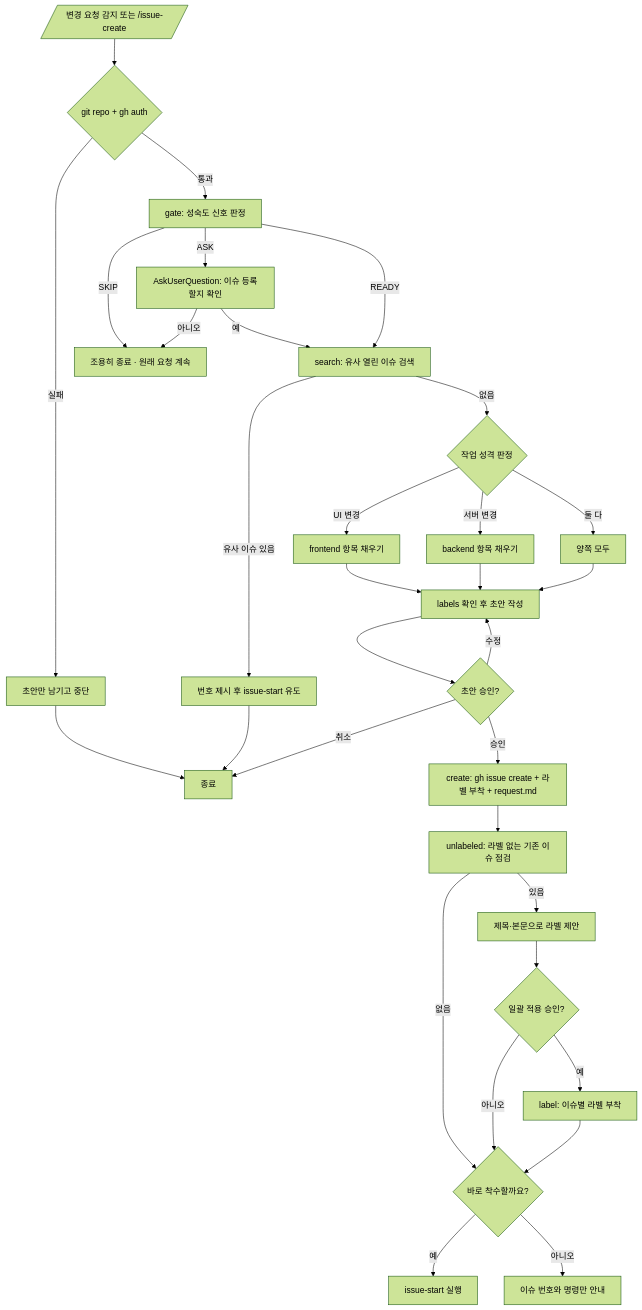
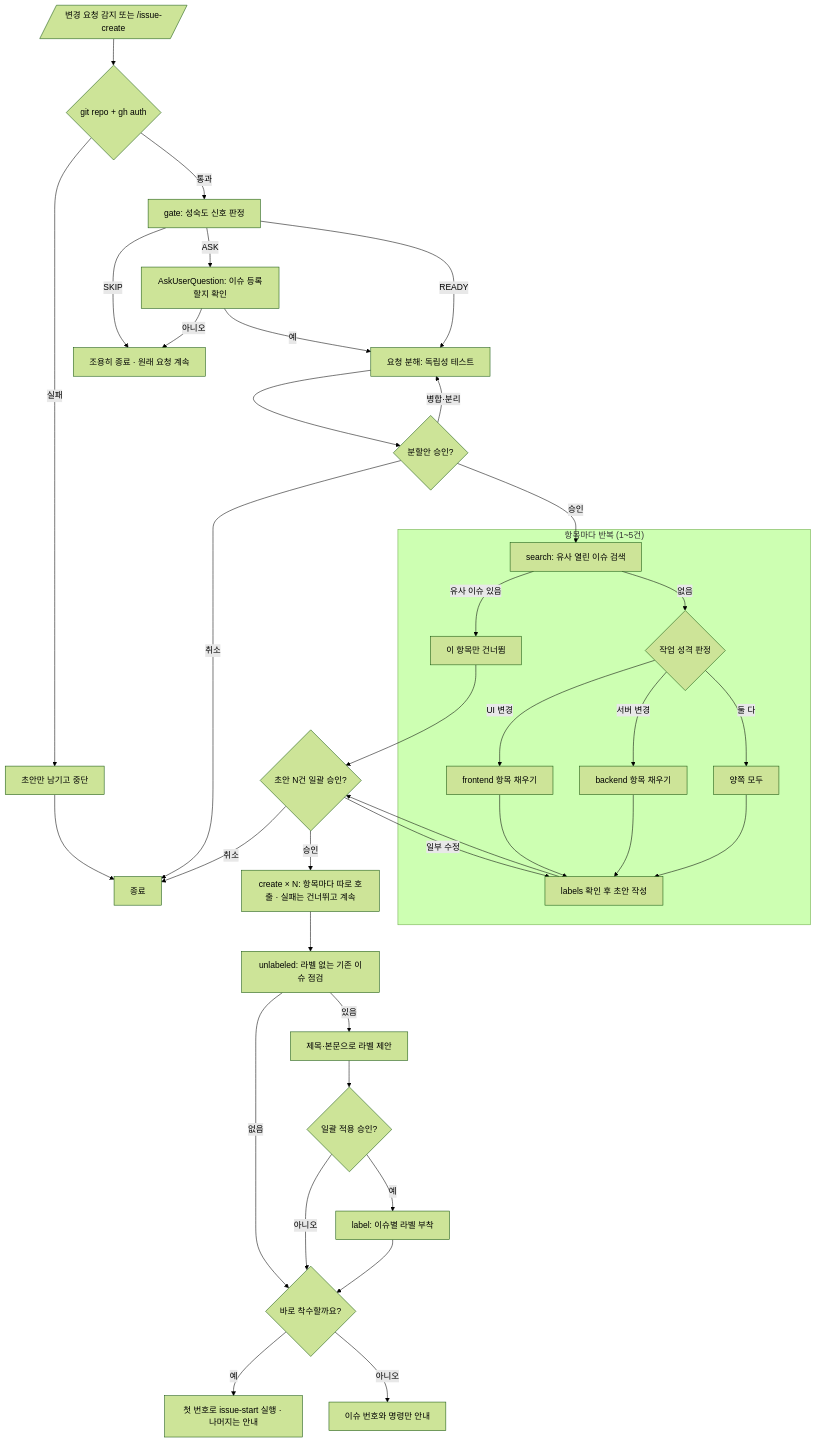
Before and after one commit to Mineru98/skills-store: the diagram in .claude/skills/issue-create/SKILL.md, drawn with Mermaid (forest theme). The commit also changed other lines of this file and 9 other files, not shown here.

First line of the commit message:
feat(issue-create): 복합 요청을 이슈 여러 건으로 나눈다

````diff
--- a/.claude/skills/issue-create/SKILL.md
+++ b/.claude/skills/issue-create/SKILL.md
@@ -58,39 +66,45 @@
 ```mermaid
 flowchart TD
     A[/"변경 요청 감지 또는 /issue-create"/] --> B{git repo + gh auth}
     B -- 실패 --> B1[초안만 남기고 중단] --> Z0[종료]
     B -- 통과 --> C[gate: 성숙도 신호 판정]
 
     C -->|SKIP| Z1[조용히 종료 · 원래 요청 계속]
     C -->|ASK| C1[AskUserQuestion: 이슈 등록할지 확인]
     C1 -- 아니오 --> Z1
-    C1 -- 예 --> D
-    C -->|READY| D[search: 유사 열린 이슈 검색]
+    C1 -- 예 --> S
+    C -->|READY| S[요청 분해: 독립성 테스트]
 
-    D -- 유사 이슈 있음 --> D1[번호 제시 후 issue-start 유도] --> Z0
-    D -- 없음 --> E{작업 성격 판정}
+    S --> S1{분할안 승인?}
+    S1 -- 병합·분리 --> S
+    S1 -- 취소 --> Z0
+    S1 -- 승인 --> D
 
-    E -->|UI 변경| F1[frontend 항목 채우기]
-    E -->|서버 변경| F2[backend 항목 채우기]
-    E -->|둘 다| F3[양쪽 모두]
+    subgraph PER["항목마다 반복 (1~5건)"]
+      D[search: 유사 열린 이슈 검색] -- 유사 이슈 있음 --> D1[이 항목만 건너뜀]
+      D -- 없음 --> E{작업 성격 판정}
+      E -->|UI 변경| F1[frontend 항목 채우기]
+      E -->|서버 변경| F2[backend 항목 채우기]
+      E -->|둘 다| F3[양쪽 모두]
+      F1 --> G[labels 확인 후 초안 작성]
+      F2 --> G
+      F3 --> G
+    end
 
-    F1 --> G[labels 확인 후 초안 작성]
-    F2 --> G
-    F3 --> G
-
-    G --> H{초안 승인?}
-    H -- 수정 --> G
+    D1 --> H
+    G --> H{초안 N건 일괄 승인?}
+    H -- 일부 수정 --> G
     H -- 취소 --> Z0
-    H -- 승인 --> I[create: gh issue create + 라벨 부착 + request.md]
+    H -- 승인 --> I[create × N: 항목마다 따로 호출 · 실패는 건너뛰고 계속]
 
     I --> M[unlabeled: 라벨 없는 기존 이슈 점검]
     M -- 없음 --> J
     M -- 있음 --> M1[제목·본문으로 라벨 제안]
     M1 --> M2{일괄 적용 승인?}
     M2 -- 아니오 --> J
     M2 -- 예 --> M3[label: 이슈별 라벨 부착] --> J
 
     J{바로 착수할까요?}
-    J -- 예 --> K[issue-start 실행]
+    J -- 예 --> K[첫 번호로 issue-start 실행 · 나머지는 안내]
     J -- 아니오 --> L[이슈 번호와 명령만 안내]
 ```
````
